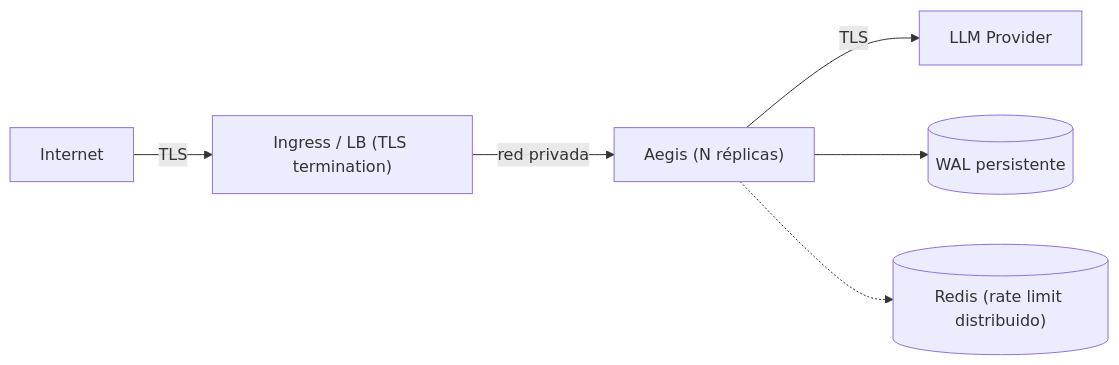
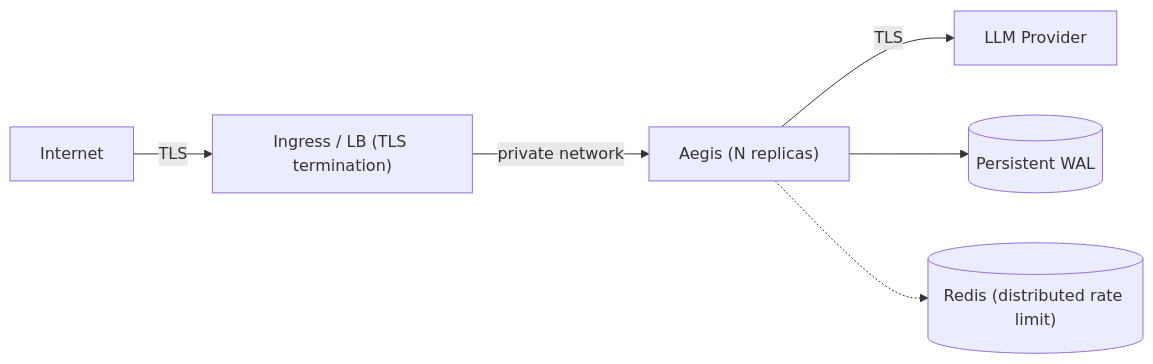
One commit to block-stacker/aegis-latent-core changed the diagram in DEPLOYMENT_GUIDE.md. Above: the diagram before and after it, drawn with Mermaid. The commit also changed other lines of this file and 11 other files, not shown here.

````diff
--- a/DEPLOYMENT_GUIDE.md
+++ b/DEPLOYMENT_GUIDE.md
@@ -59,8 +63,8 @@
 ```mermaid
 flowchart LR
   Internet -->|TLS| LB["Ingress / LB (TLS termination)"]
-  LB -->|red privada| Aegis["Aegis (N réplicas)"]
+  LB -->|private network| Aegis["Aegis (N replicas)"]
   Aegis -->|TLS| Provider["LLM Provider"]
-  Aegis --> WAL[("WAL persistente")]
-  Aegis -.-> Redis[("Redis (rate limit distribuido)")]
+  Aegis --> WAL[("Persistent WAL")]
+  Aegis -.-> Redis[("Redis (distributed rate limit)")]
 ```
````
